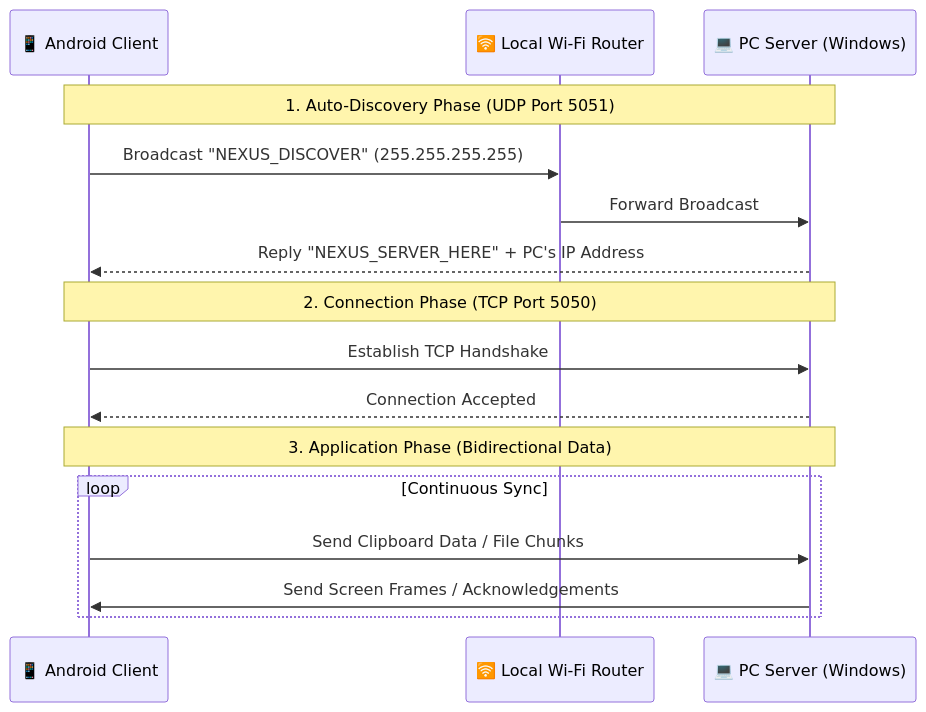
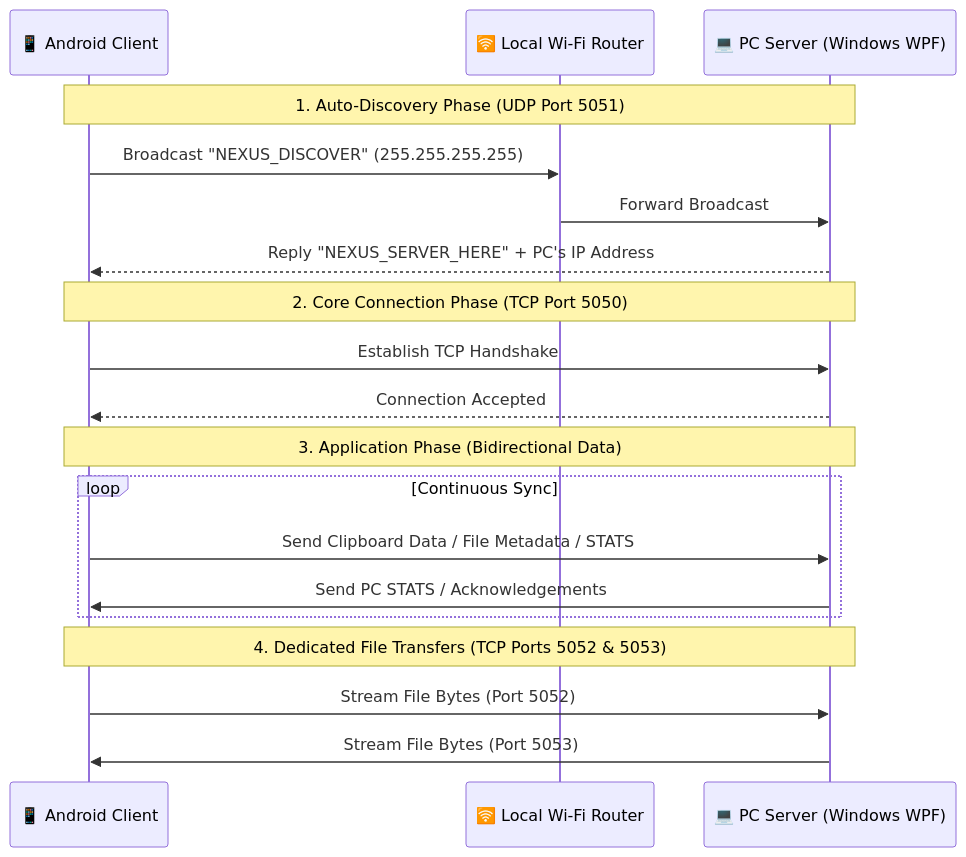
Before and after one commit to ragefrein/nexus-link: the diagram in README.md, drawn with Mermaid. The commit also changed other lines of this file, not shown here.

Commit message:
docs: rewrite README to document all new NexusLink features and WPF architecture

````diff
--- a/README.md
+++ b/README.md
@@ -24,21 +39,25 @@
 ```mermaid
 sequenceDiagram
     participant A as 📱 Android Client
     participant R as 🛜 Local Wi-Fi Router
-    participant P as 💻 PC Server (Windows)
+    participant P as 💻 PC Server (Windows WPF)
 
     Note over A,P: 1. Auto-Discovery Phase (UDP Port 5051)
     A->>R: Broadcast "NEXUS_DISCOVER" (255.255.255.255)
     R->>P: Forward Broadcast
     P-->>A: Reply "NEXUS_SERVER_HERE" + PC's IP Address
 
-    Note over A,P: 2. Connection Phase (TCP Port 5050)
+    Note over A,P: 2. Core Connection Phase (TCP Port 5050)
     A->>P: Establish TCP Handshake
     P-->>A: Connection Accepted
 
     Note over A,P: 3. Application Phase (Bidirectional Data)
     loop Continuous Sync
-        A->>P: Send Clipboard Data / File Chunks
-        P->>A: Send Screen Frames / Acknowledgements
+        A->>P: Send Clipboard Data / File Metadata / STATS
+        P->>A: Send PC STATS / Acknowledgements
     end
+    
+    Note over A,P: 4. Dedicated File Transfers (TCP Ports 5052 & 5053)
+    A->>P: Stream File Bytes (Port 5052)
+    P->>A: Stream File Bytes (Port 5053)
 ```
````
